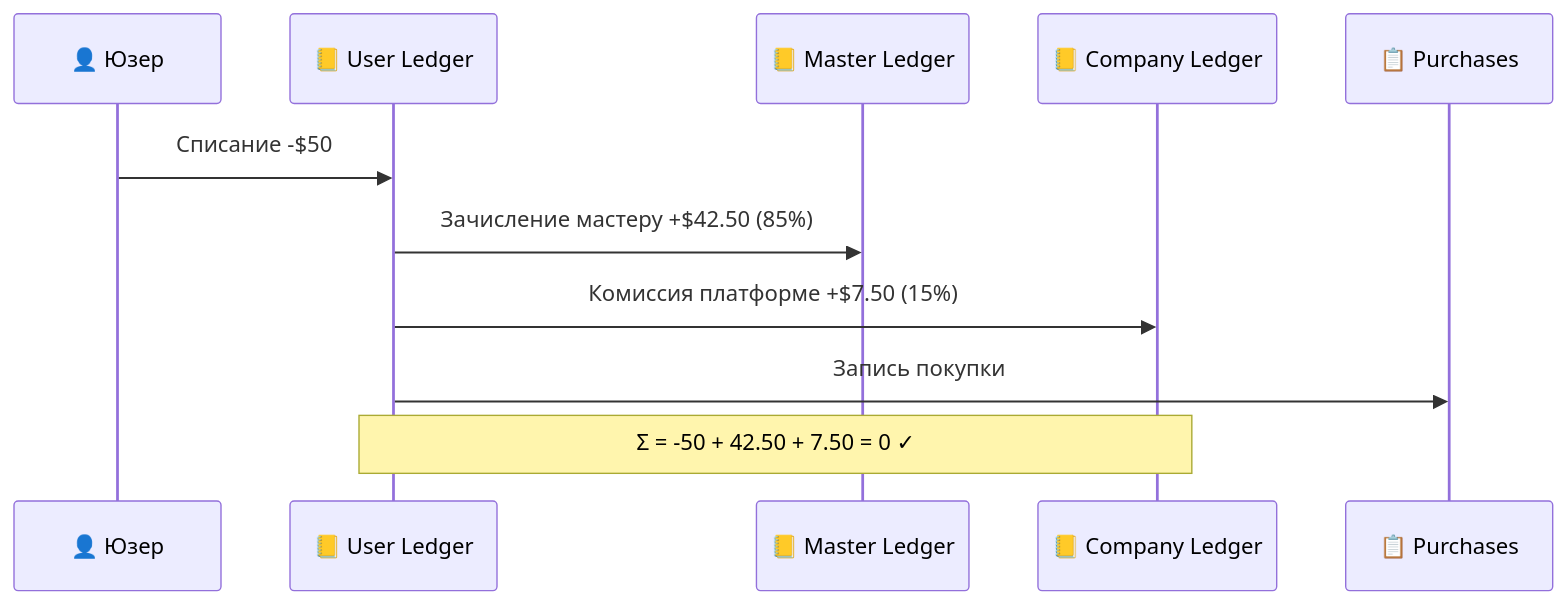
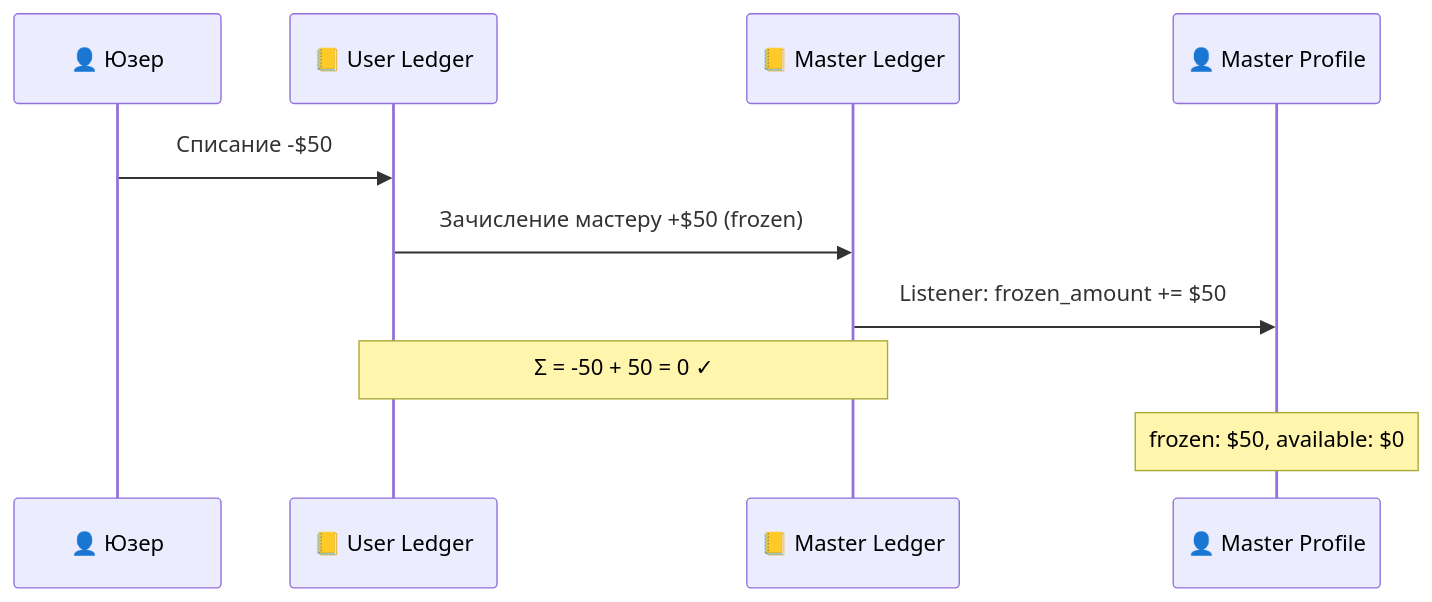
Before and after one commit to aivis-one/velo: the third of 9 diagrams in VELO-Payment-System-Meeting.md, drawn with Mermaid. The commit also changed other lines of this file, not shown here.

````diff
--- a/VELO-Payment-System-Meeting.md
+++ b/VELO-Payment-System-Meeting.md
@@ -117,14 +130,13 @@
 ```mermaid
 sequenceDiagram
     participant U as 👤 Юзер
     participant UL as 📒 User Ledger
     participant ML as 📒 Master Ledger
-    participant CL as 📒 Company Ledger
-    participant PR as 📋 Purchases
+    participant MP as 👤 Master Profile
 
     U->>UL: Списание -$50
-    UL->>ML: Зачисление мастеру +$42.50 (85%)
-    UL->>CL: Комиссия платформе +$7.50 (15%)
-    UL->>PR: Запись покупки
-    Note over UL,CL: Σ = -50 + 42.50 + 7.50 = 0 ✓
+    UL->>ML: Зачисление мастеру +$50 (frozen)
+    ML->>MP: Listener: frozen_amount += $50
+    Note over UL,ML: Σ = -50 + 50 = 0 ✓
+    Note over MP: frozen: $50, available: $0
 ```
````
